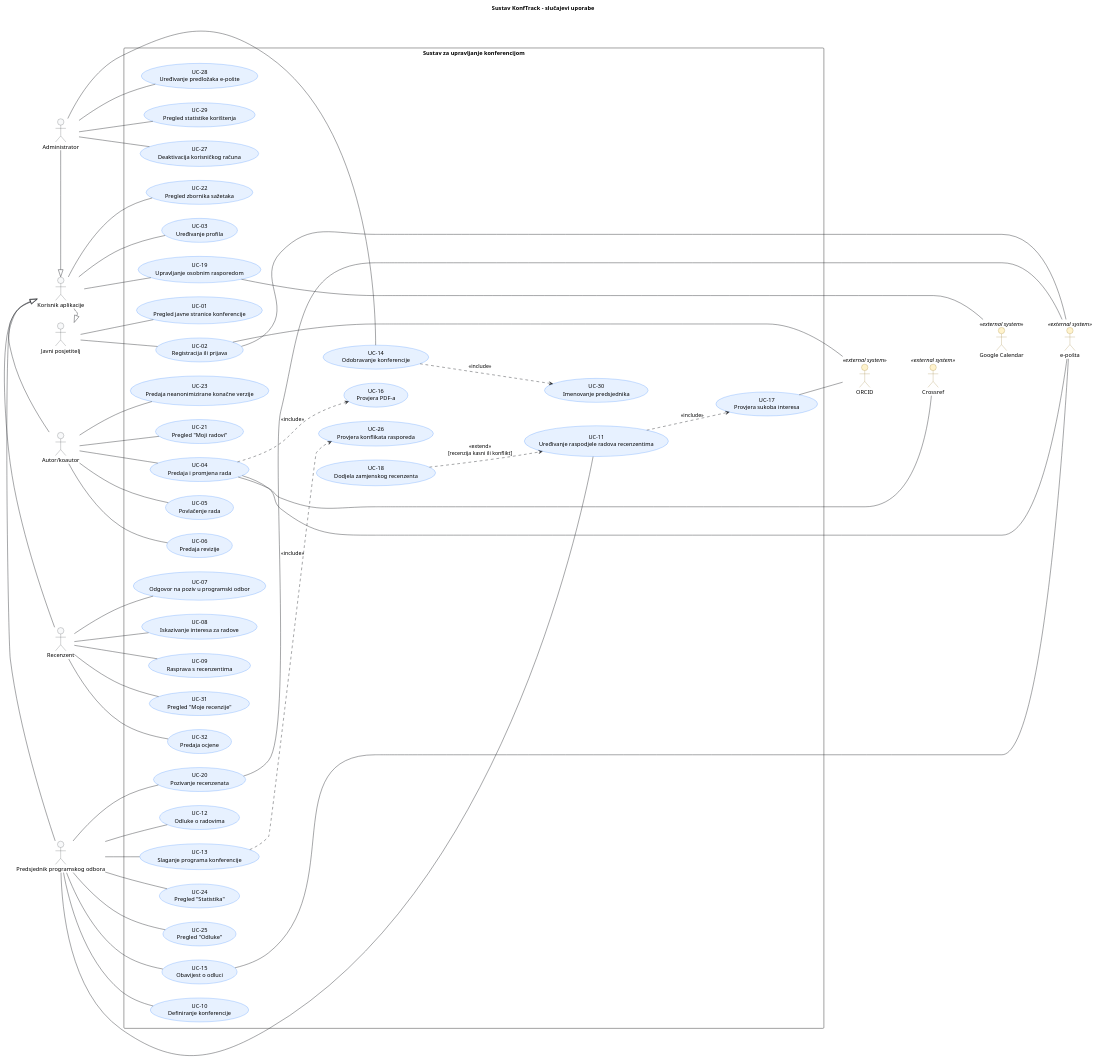
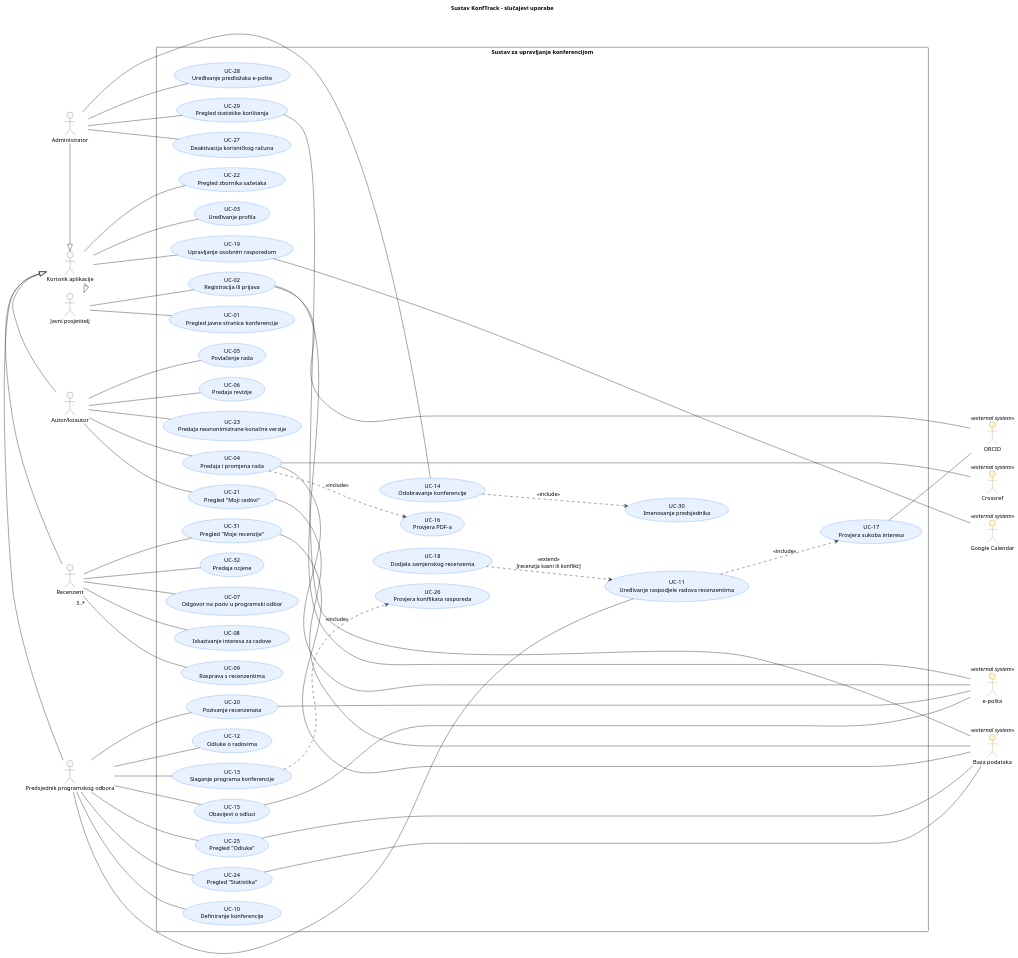
Before and after one commit to MatejCuric/KonfTrack-Grupa-12.1: the diagram in docs/puml/3-1-KonfTrack.puml, drawn with PlantUML. The commit also changed other lines of this file and 2 other files, not shown here.

```diff
--- a/docs/puml/3-1-KonfTrack.puml
+++ b/docs/puml/3-1-KonfTrack.puml
@@ -21,6 +21,8 @@
 left to right direction
 
 skinparam shadowing false
+skinparam nodesep 25
+skinparam ranksep 120
 skinparam defaultFontName Arial
 skinparam ArrowColor #212529
 
@@ -69,12 +71,17 @@
 actor "ORCID" as ORCID <<external system>>
 actor "Crossref" as Crossref <<external system>>
 actor "Google Calendar" as Calendar <<external system>>
+actor "Baza podataka" as DB <<external system>>
 
 ' Samo za raspored: vanjski sustavi u jednom stupcu desno
+' Samo za raspored: vanjski sustavi u jednom stupcu desno
 ORCID -[hidden]right- Crossref
-Crossref -[hidden]down- Calendar
-Calendar -[hidden]down- Mail
-Crossref -[hidden]down- ORCID
+Crossref -[hidden]right- Calendar
+Calendar -[hidden]right- Mail
+Mail -[hidden]right- DB
+
+
+
 
 ' ==============================================================================
 ' Granica sustava
@@ -131,7 +138,7 @@
 
     UC_ConflictProgram-[hidden]down- UC_Assignment
     UC_AuthorName -[hidden]-UC_NameChair
-
+    
 
 'note bottom of UC_Grade
 '  F-020: Sustav automatski šalje recenzentima
@@ -165,7 +172,7 @@
 ' Recenzent
 Reviewer -- UC_Invitation
 Reviewer -- UC_Interest
-Reviewer -- UC_Discourse
+Reviewer "3..*" -- UC_Discourse
 Reviewer -- UC_AllReviews
 Reviewer --UC_Grade
 
@@ -223,4 +230,17 @@
 UC_Notify -- Mail
 UC_SubmitPaper -- Mail
 
+UC_PaperManagement -- DB
+UC_Statistics -- DB
+UC_Ideas -- DB
+UC_UserStatistic -- DB
+UC_AllReviews -- DB
+
+' Samo za raspored: vanjski sustavi desno od granice
+UC_CheckConflict -[hidden]down- ORCID
+UC_CheckConflict -[hidden]down- Crossref
+UC_CheckConflict -[hidden]down- Calendar
+UC_CheckConflict -[hidden]down- Mail
+UC_CheckConflict -[hidden]down- DB 
+
 @enduml
```
